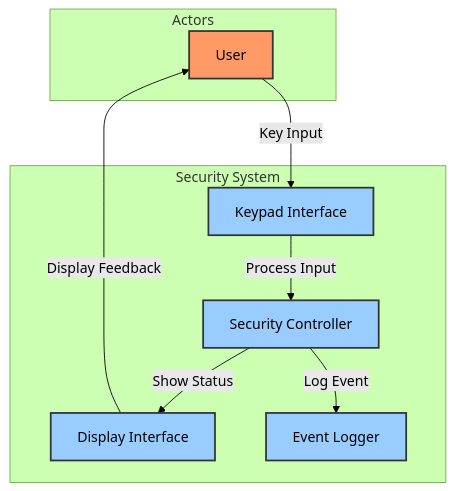
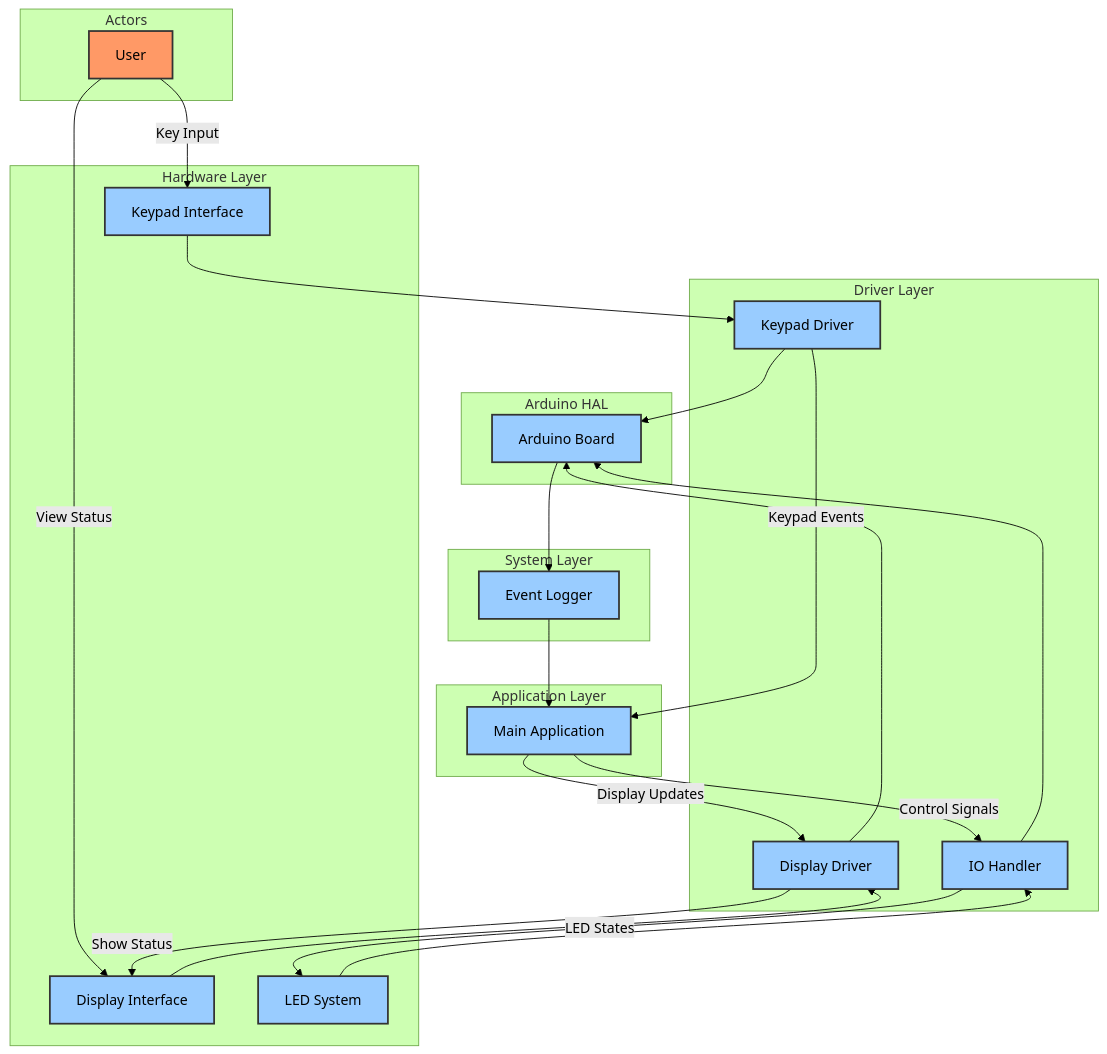
One commit to huntrese/Embedded_systems changed the second of 7 diagrams in README.md. Above: the diagram before and after it, drawn with Mermaid (forest theme). The commit also changed other lines of this file and 19 other files, not shown here.

````diff
--- a/README.md
+++ b/README.md
@@ -209,22 +146,64 @@
 ```mermaid
 flowchart TD
     classDef actor fill:#f96,stroke:#333,stroke-width:2px,color:#000
     classDef component fill:#9cf,stroke:#333,stroke-width:2px,color:#000
     
     subgraph Actors
         User[User]:::actor
     end
     
-    subgraph SystemBoundary["Security System "]
+    subgraph Hardware["Hardware Layer"]
         Keypad[Keypad Interface]:::component
         LCD[Display Interface]:::component
-        SS[Security Controller]:::component
+        LEDs[LED System]:::component
+    end
+    
+    subgraph Arduino["Arduino HAL"]
+        AB[Arduino Board]:::component
+    end
+    
+    subgraph Drivers["Driver Layer"]
+        KP_Drv[Keypad Driver]:::component
+        LCD_Drv[Display Driver]:::component
+        IO_Drv[IO Handler]:::component
+    end
+    
+    subgraph System["System Layer"]
         Logger[Event Logger]:::component
-        
-        User -->|"Key Input"| Keypad
-        Keypad -->|"Process Input"| SS
-        SS -->|"Show Status"| LCD
-        LCD -->|"Display Feedback"| User
-        SS -->|"Log Event"| Logger
     end
+    
+    subgraph App["Application Layer"]
+        Main[Main Application]:::component
+    end
+    
+    %% User Interactions
+    User -->|"Key Input"| Keypad
+    User -->|"View Status"| LCD
+    
+    %% Hardware to Driver Connections
+    Keypad --> KP_Drv
+    LCD --> LCD_Drv
+    LEDs --> IO_Drv
+    
+    %% Driver to Arduino Connections
+    KP_Drv --> AB
+    LCD_Drv --> AB
+    IO_Drv --> AB
+    
+    %% Arduino to System Layer
+    AB --> Logger
+    
+    %% System to Application Layer
+    Logger --> Main
+    
+    %% LED Control Flow
+    Main -->|"Control Signals"| IO_Drv
+    IO_Drv -->|"LED States"| LEDs
+    
+    %% Status Display Flow
+    Main -->|"Display Updates"| LCD_Drv
+    LCD_Drv -->|"Show Status"| LCD
+    
+    %% Keypad Input Flow
+    KP_Drv -->|"Keypad Events"| Main
 ```
````
